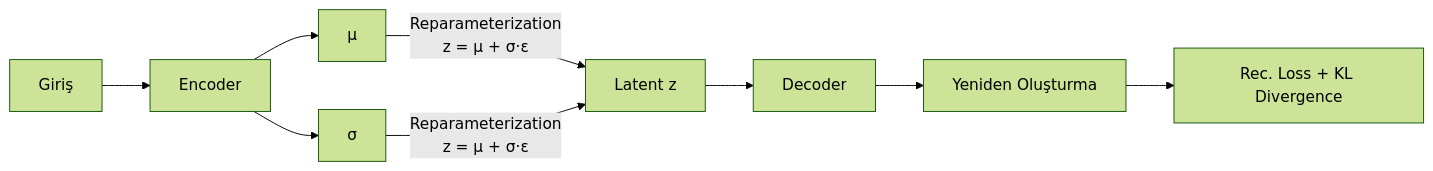
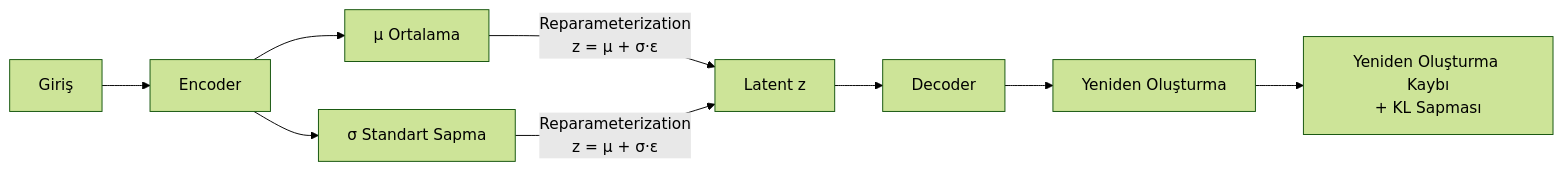
The tenth of 11 diagrams in tech_notebook/docs/md/ai/neural_networks.md (serkanMzlm/EngineeringHub), drawn with Mermaid (forest theme) before and after one commit. The commit also changed other lines of this file and 7 other files, not shown here.

````diff
--- a/tech_notebook/docs/md/ai/neural_networks.md
+++ b/tech_notebook/docs/md/ai/neural_networks.md
@@ -450,8 +443,8 @@
 ```mermaid
 graph LR
-    X[Giriş] --> ENC[Encoder] --> MU[μ]
-    ENC --> SIGMA[σ]
+    X[Giriş] --> ENC[Encoder] --> MU[μ Ortalama]
+    ENC --> SIGMA[σ Standart Sapma]
     MU & SIGMA -->|Reparameterization\nz = μ + σ·ε| LAT[Latent z]
     LAT --> DEC[Decoder] --> XHAT[Yeniden Oluşturma]
-    XHAT --> LOSS[Rec. Loss + KL Divergence]
+    XHAT --> LOSS[Yeniden Oluşturma Kaybı\n+ KL Sapması]
 ```
````
